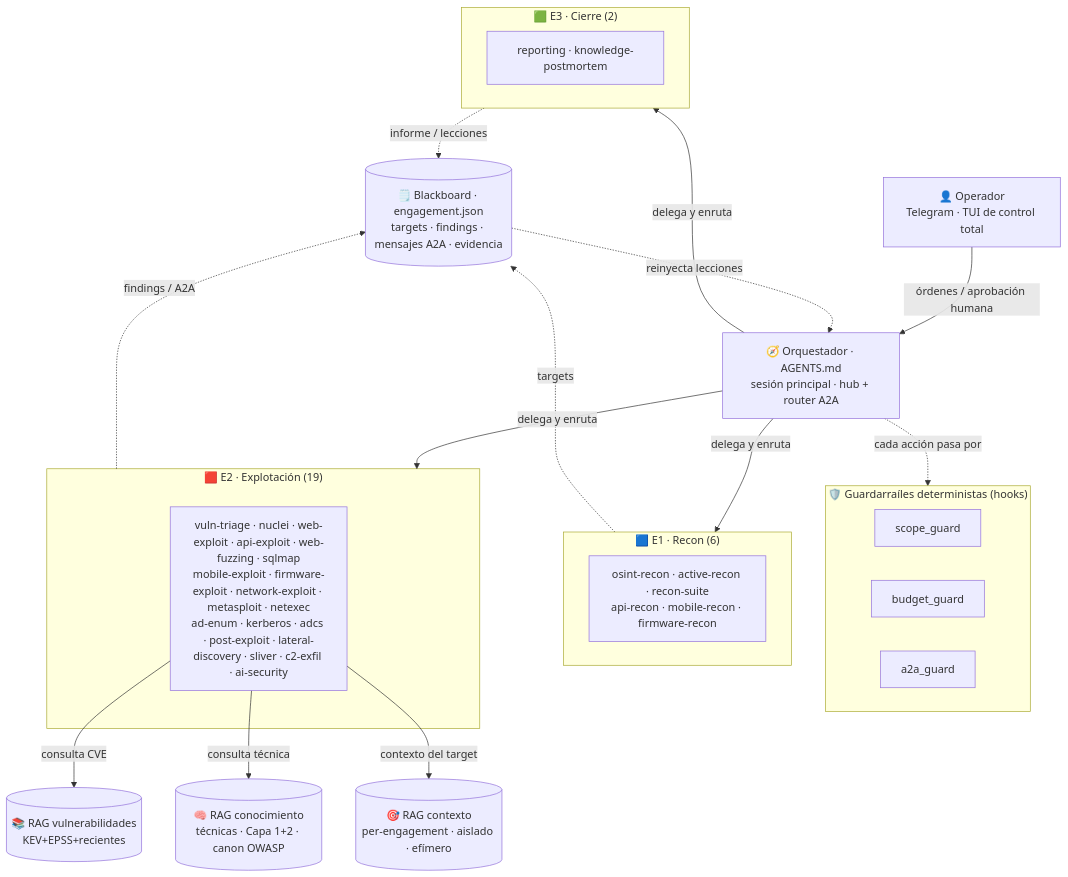
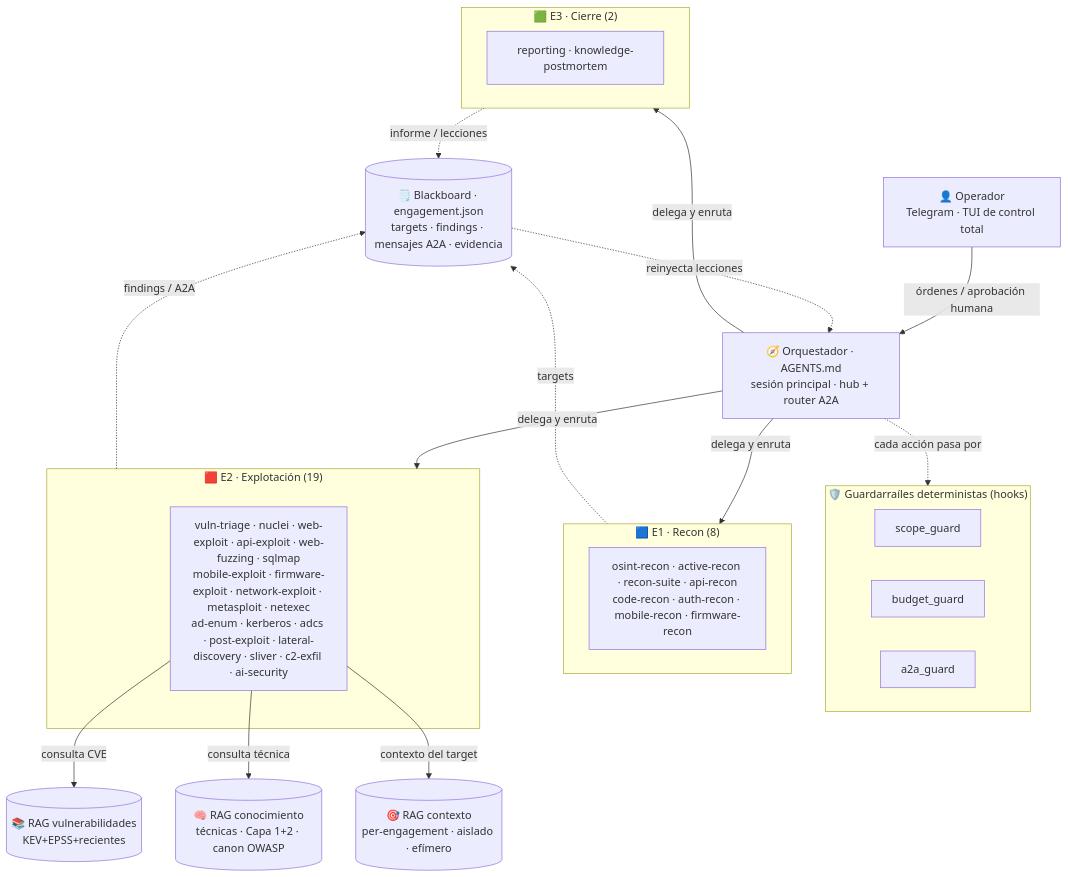
The diagram in README.md (devPruebaDataunix/Data-Attack-Offensive-Tools), drawn with Mermaid before and after one commit. The commit also changed other lines of this file and 35 other files, not shown here.

````diff
--- a/README.md
+++ b/README.md
@@ -125,35 +125,35 @@
 ```mermaid
 flowchart TB
     OP["👤 Operador<br/>Telegram · TUI de control total"]
     ORQ["🧭 Orquestador · AGENTS.md<br/>sesión principal · hub + router A2A"]
     subgraph GATES["🛡️ Guardarraíles deterministas (hooks)"]
         SG["scope_guard"]
         BG["budget_guard"]
         AG["a2a_guard"]
     end
     BB[("🗒️ Blackboard · engagement.json<br/>targets · findings · mensajes A2A · evidencia")]
     RAGDB[("📚 RAG vulnerabilidades<br/>KEV+EPSS+recientes")]
     RAGKB[("🧠 RAG conocimiento<br/>técnicas · Capa 1+2 · canon OWASP")]
     RAGCTX[("🎯 RAG contexto<br/>per-engagement · aislado · efímero")]
-    subgraph E1["🟦 E1 · Recon (6)"]
-        R["osint-recon · active-recon · recon-suite<br/>api-recon · mobile-recon · firmware-recon"]
+    subgraph E1["🟦 E1 · Recon (8)"]
+        R["osint-recon · active-recon · recon-suite · api-recon<br/>code-recon · auth-recon · mobile-recon · firmware-recon"]
     end
     subgraph E2["🟥 E2 · Explotación (19)"]
         X["vuln-triage · nuclei · web-exploit · api-exploit · web-fuzzing · sqlmap<br/>mobile-exploit · firmware-exploit · network-exploit · metasploit · netexec<br/>ad-enum · kerberos · adcs · post-exploit · lateral-discovery · sliver · c2-exfil · ai-security"]
     end
     subgraph E3["🟩 E3 · Cierre (2)"]
         C["reporting · knowledge-postmortem"]
     end
     OP -->|órdenes / aprobación humana| ORQ
     ORQ -->|delega y enruta| E1
     ORQ -->|delega y enruta| E2
     ORQ -->|delega y enruta| E3
     ORQ -.->|cada acción pasa por| GATES
     E1 -.->|targets| BB
     E2 -.->|findings / A2A| BB
     E3 -.->|informe / lecciones| BB
     BB -.->|reinyecta lecciones| ORQ
     X -->|consulta CVE| RAGDB
     X -->|consulta técnica| RAGKB
     X -->|contexto del target| RAGCTX
 ```
````
